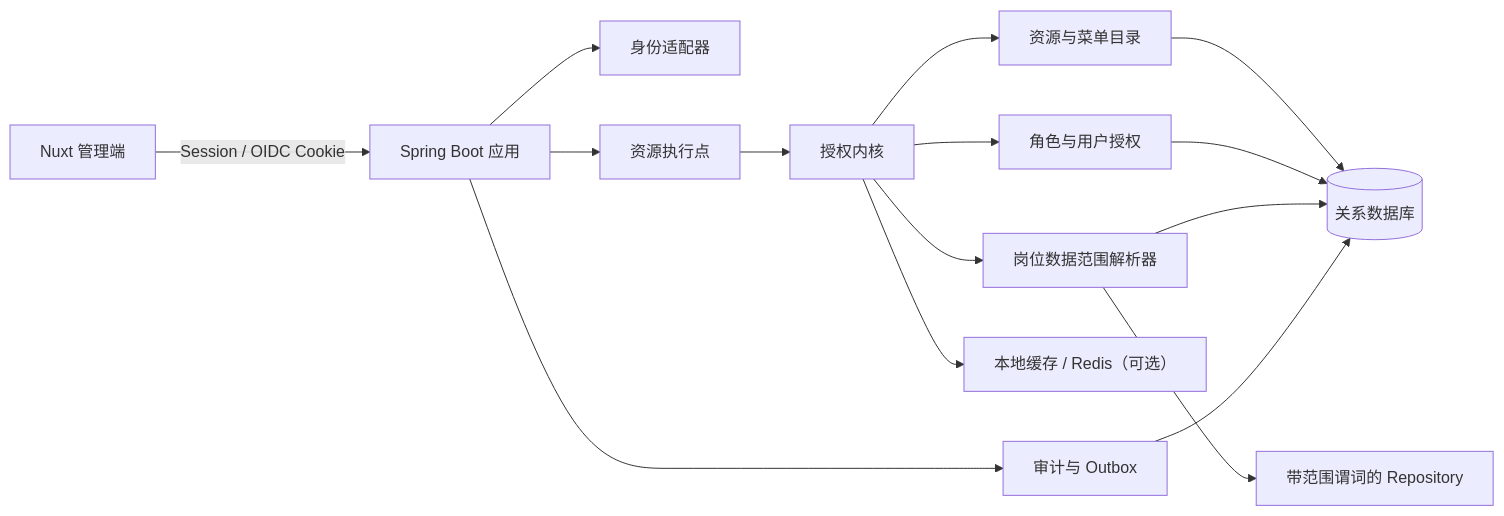
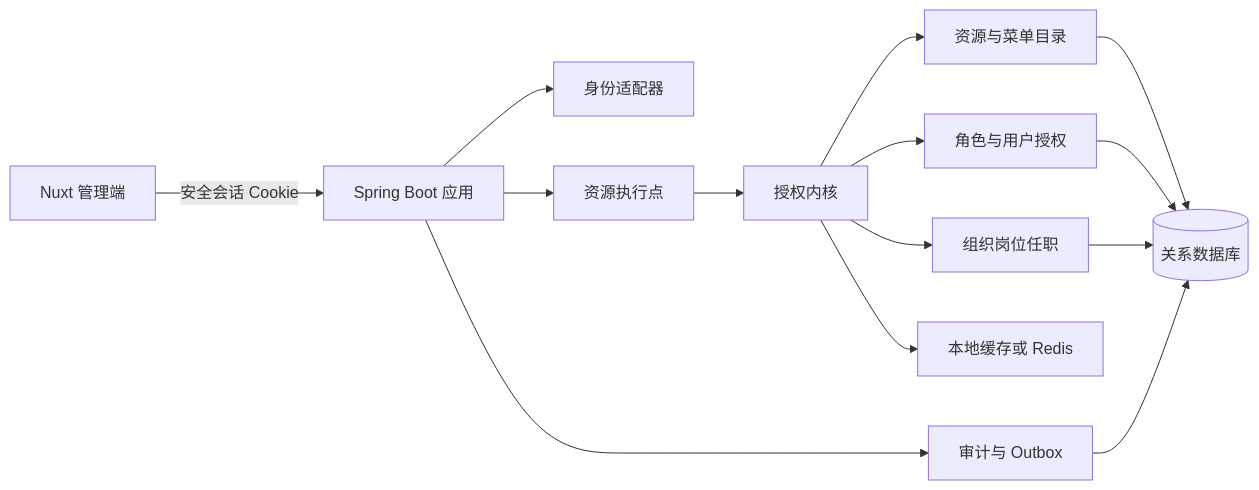
Before and after one commit to sugarboo/permission-architecture: the diagram in 企业中台权限中心开发实施文档.md, drawn with Mermaid. The commit also changed other lines of this file and 333 other files, not shown here.

````diff
--- a/企业中台权限中心开发实施文档.md
+++ b/企业中台权限中心开发实施文档.md
@@ -312,17 +260,16 @@
 ```mermaid
 flowchart LR
-  UI["Nuxt 管理端"] -->|"Session / OIDC Cookie"| API["Spring Boot 应用"]
+  UI["Nuxt 管理端"] -->|"安全会话 Cookie"| API["Spring Boot 应用"]
   API --> ID["身份适配器"]
-  API --> EP["资源执行点"]
-  EP --> AUTHZ["授权内核"]
+  API --> ENF["资源执行点"]
+  ENF --> AUTHZ["授权内核"]
   AUTHZ --> CAT["资源与菜单目录"]
   AUTHZ --> GRANT["角色与用户授权"]
-  AUTHZ --> SCOPE["岗位数据范围解析器"]
-  SCOPE --> REPO["带范围谓词的 Repository"]
+  AUTHZ --> ORG["组织岗位任职"]
   CAT --> DB[("关系数据库")]
   GRANT --> DB
-  SCOPE --> DB
-  AUTHZ --> CACHE["本地缓存 / Redis（可选）"]
+  ORG --> DB
+  AUTHZ --> CACHE["本地缓存或 Redis"]
   API --> AUDIT["审计与 Outbox"]
   AUDIT --> DB
 ```
````
